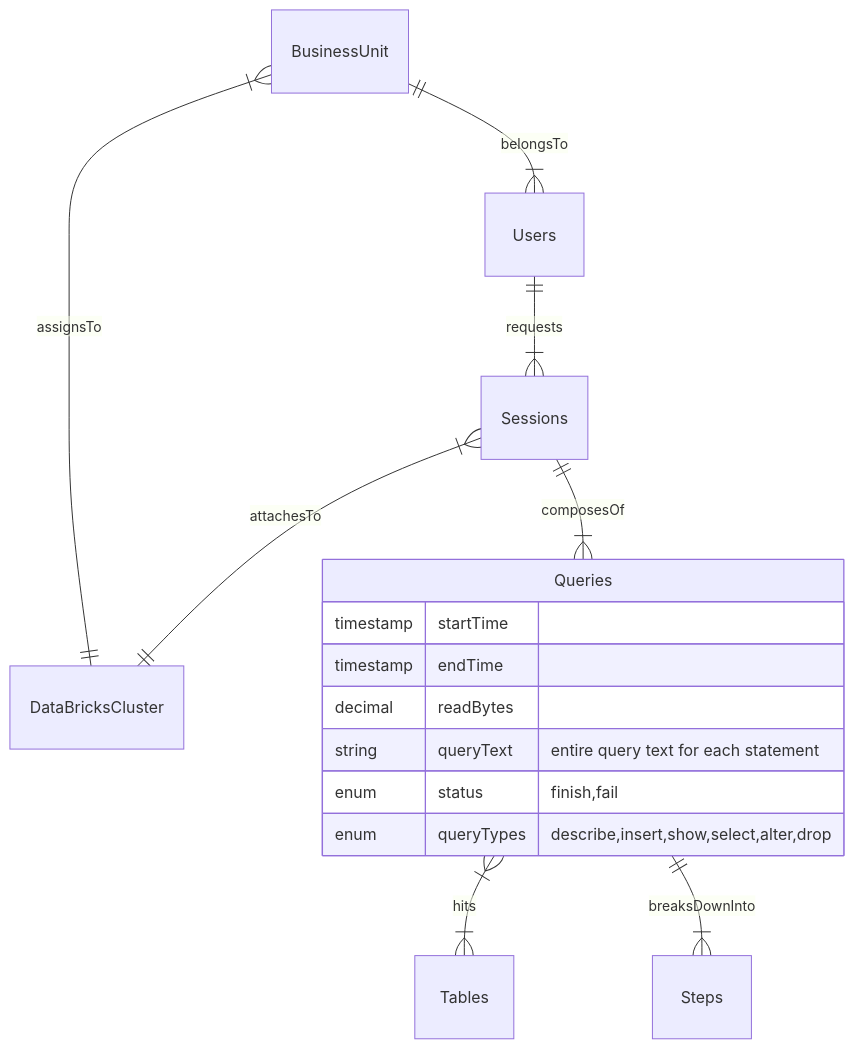
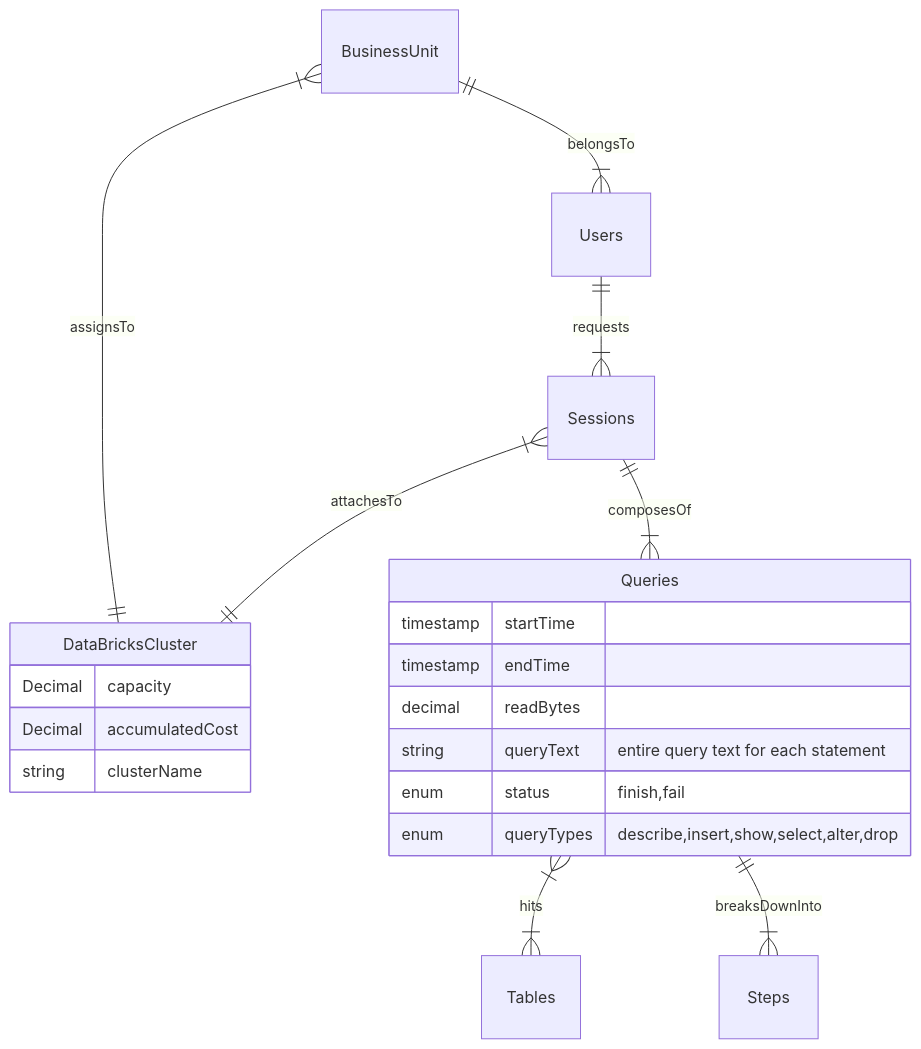
One commit to chewuchewuchewu/mermaidDiagrams changed the diagram in querylog.md. Above: the diagram before and after it, drawn with Mermaid.

````diff
--- a/querylog.md
+++ b/querylog.md
@@ -1,22 +1,27 @@
 ```mermaid
 erDiagram
     BusinessUnit ||--|{ Users:belongsTo
     BusinessUnit }|--|| DataBricksCluster:assignsTo
     Users||--|{ Sessions:requests
     Sessions ||--|{Queries:composesOf
     Sessions }|--||DataBricksCluster:attachesTo
     Queries }|--|{Tables:hits
     Queries ||--|{Steps:breaksDownInto
 
 
 %% number of queries per hour - peak capacity 
     Queries {
     timestamp startTime
     timestamp endTime
     decimal readBytes
     string queryText "entire query text for each statement"
     enum status "finish,fail"
     enum queryTypes "describe,insert,show,select,alter,drop"
 }
 
+    DataBricksCluster{
+    Decimal capacity
+    Decimal accumulatedCost
+    string  clusterName
+    }
 ```
````
